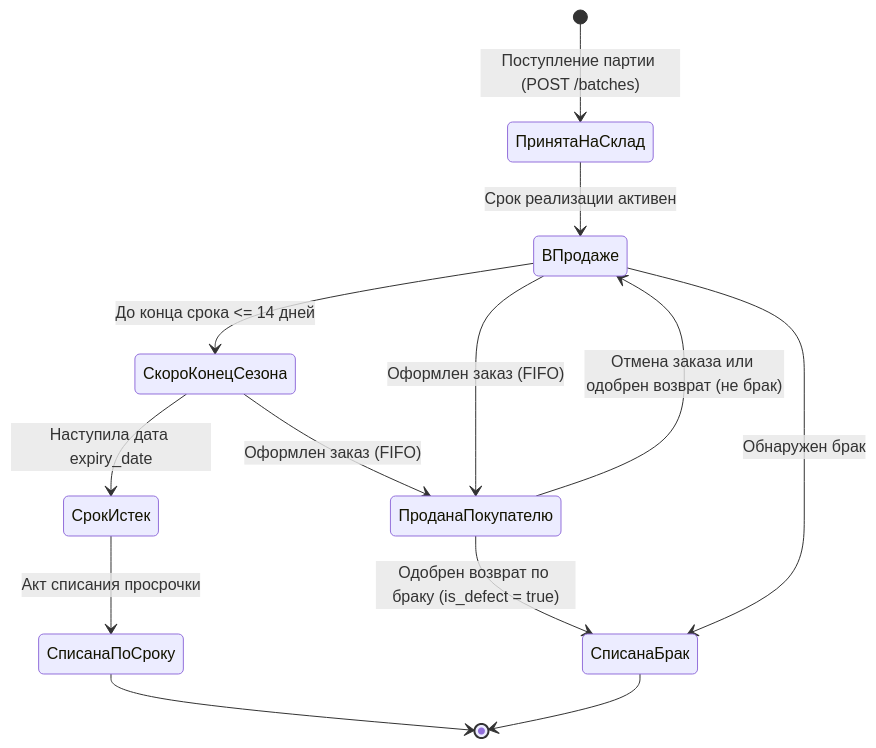
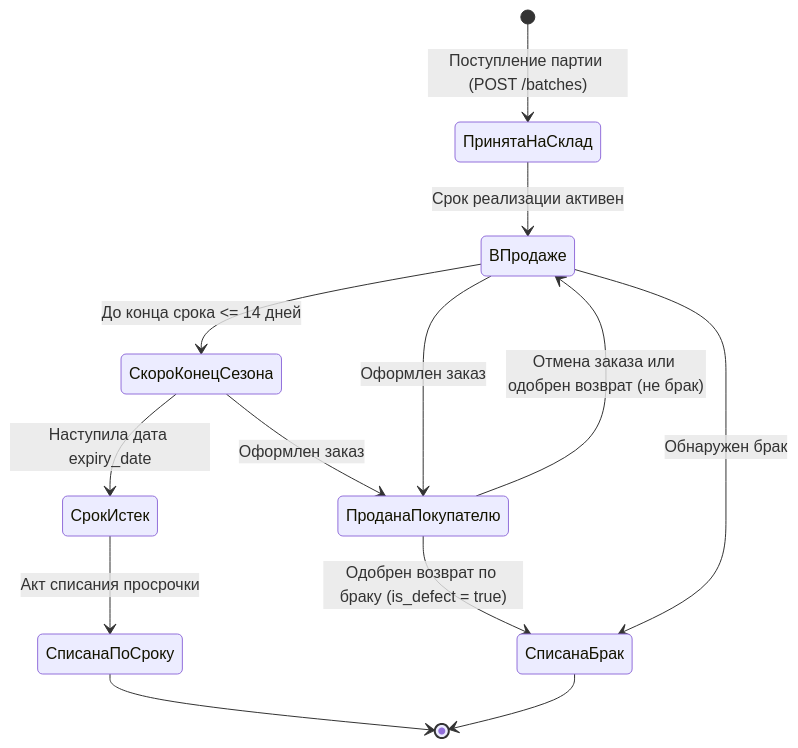
Before and after one commit to anya-gor/project2026: the sixth of 7 diagrams in README.md, drawn with Mermaid. The commit also changed other lines of this file and 1 other file, not shown here.

Commit message:
Docs: remove FIFO/season claims not visible in UI (problems, FR-02, risks R-01/R-02, UC16, diagram labels) from README and BUSINESS_REQUIREMENTS

````diff
--- a/README.md
+++ b/README.md
@@ -284,15 +277,15 @@
 ```mermaid
 stateDiagram-v2
     [*] --> ПринятаНаСклад : Поступление партии (POST /batches)
     ПринятаНаСклад --> ВПродаже : Срок реализации активен
     ВПродаже --> СкороКонецСезона : До конца срока <= 14 дней
-    СкороКонецСезона --> ПроданаПокупателю : Оформлен заказ (FIFO)
-    ВПродаже --> ПроданаПокупателю : Оформлен заказ (FIFO)
+    СкороКонецСезона --> ПроданаПокупателю : Оформлен заказ
+    ВПродаже --> ПроданаПокупателю : Оформлен заказ
     ПроданаПокупателю --> ВПродаже : Отмена заказа или одобрен возврат (не брак)
     ПроданаПокупателю --> СписанаБрак : Одобрен возврат по браку (is_defect = true)
     СкороКонецСезона --> СрокИстек : Наступила дата expiry_date
     СрокИстек --> СписанаПоСроку : Акт списания просрочки
     ВПродаже --> СписанаБрак : Обнаружен брак
     СписанаПоСроку --> [*]
     СписанаБрак --> [*]
 ```
````
